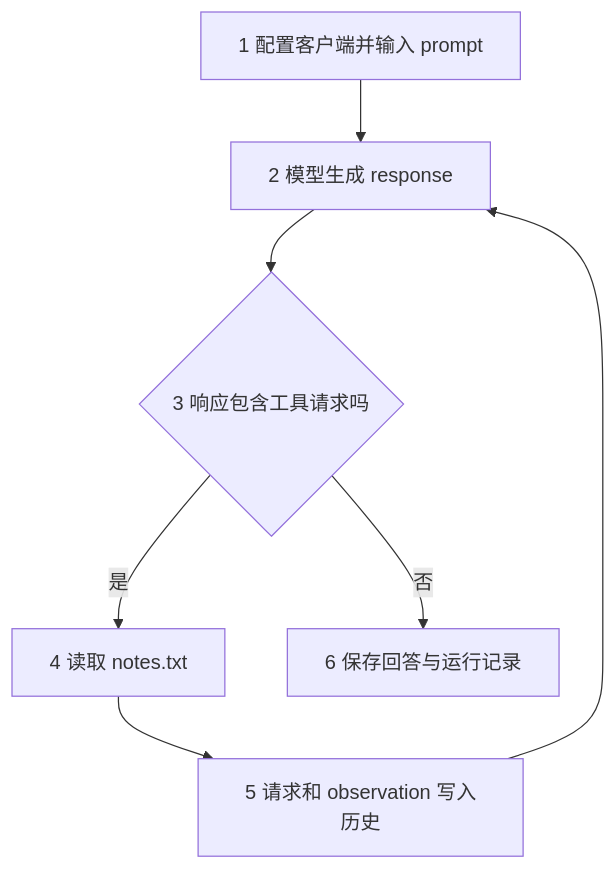
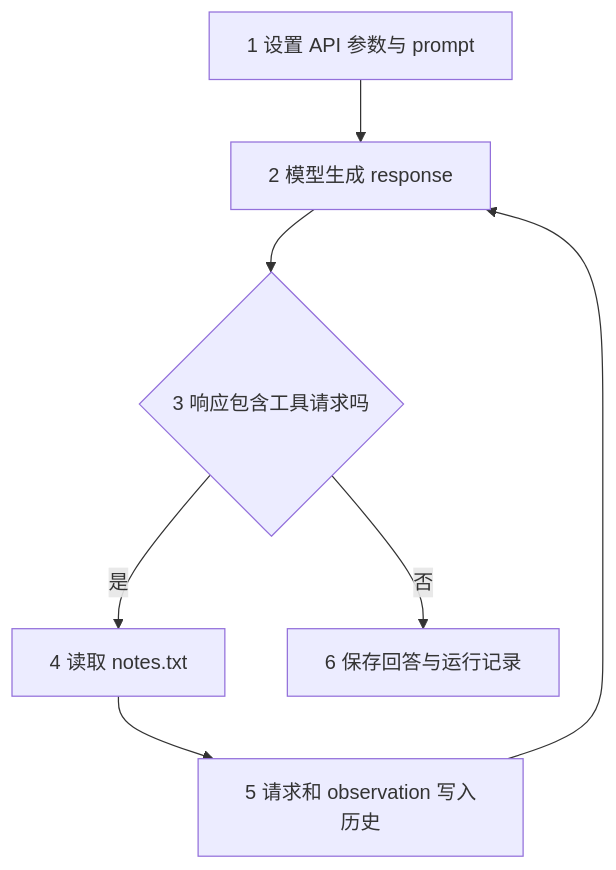
The first of 2 diagrams in 10-Knowledge/03-agent-loop/01-model-call-and-loop.md (HarryYangthu/TheBestAIGuide), drawn with Mermaid before and after one commit. The commit also changed other lines of this file and 75 other files, not shown here.

````diff
--- a/10-Knowledge/03-agent-loop/01-model-call-and-loop.md
+++ b/10-Knowledge/03-agent-loop/01-model-call-and-loop.md
@@ -9,9 +9,9 @@
 ```mermaid
 flowchart TD
-    A["1 配置客户端并输入 prompt"] --> B["2 模型生成 response"]
+    A["1 设置 API 参数与 prompt"] --> B["2 模型生成 response"]
     B --> C{"3 响应包含工具请求吗"}
     C -->|是| D["4 读取 notes.txt"]
     D --> E["5 请求和 observation 写入历史"]
     E --> B
     C -->|否| F["6 保存回答与运行记录"]
 ```
````
